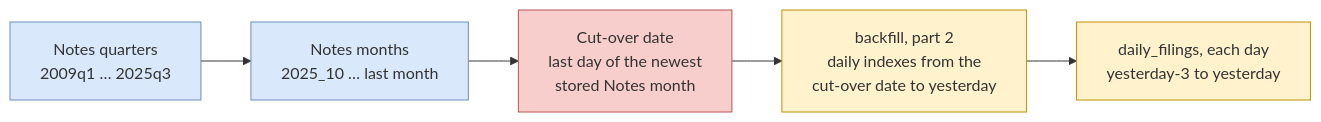
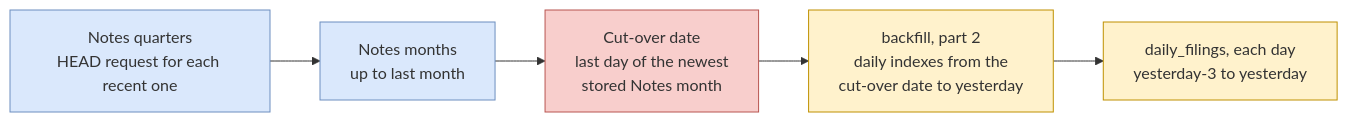
The third of 4 diagrams in sec/design/pipeline/extraction_overview.md (ironcapitaleu/arkad), drawn with Mermaid before and after one commit. The commit also changed other lines of this file and 15 other files, not shown here.

First line of the commit message:
feat(sec): ask the SEC which recent Notes quarters it has merged (#429)

````diff
--- a/sec/design/pipeline/extraction_overview.md
+++ b/sec/design/pipeline/extraction_overview.md
@@ -195,11 +195,11 @@
 ```mermaid
 flowchart LR
     classDef notes fill:#dae8fc,stroke:#6c8ebf
     classDef daily fill:#fff2cc,stroke:#bf9000
     classDef cut fill:#f8cecc,stroke:#b85450
 
-    Q["Notes quarters<br/>2009q1 … 2025q3"]:::notes --> M["Notes months<br/>2025_10 … last month"]:::notes
+    Q["Notes quarters<br/>HEAD request for each recent one"]:::notes --> M["Notes months<br/>up to last month"]:::notes
     M --> C["Cut-over date<br/>last day of the newest<br/>stored Notes month"]:::cut
     C --> K["backfill, part 2<br/>daily indexes from the<br/>cut-over date to yesterday"]:::daily
     K --> W["daily_filings, each day<br/>yesterday-3 to yesterday"]:::daily
 ```
````
